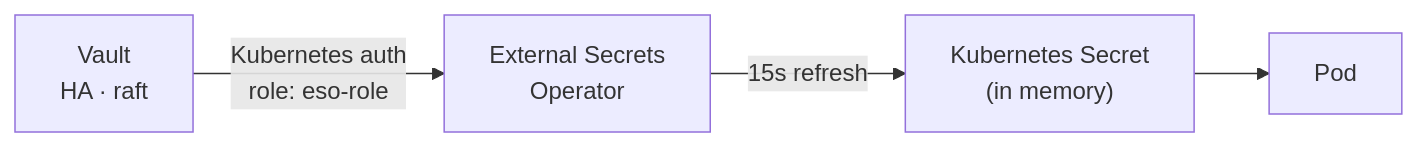
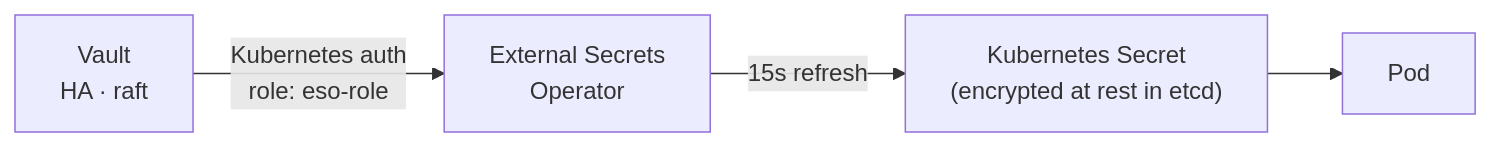
One commit to ilyas-bouktrane/xako-cluster changed the fourth of 4 diagrams in README.md. Above: the diagram before and after it, drawn with Mermaid. The commit also changed other lines of this file and 11 other files, not shown here.

````diff
--- a/README.md
+++ b/README.md
@@ -253,6 +258,6 @@
 ```mermaid
 flowchart LR
     V["Vault<br/>HA · raft"] -->|"Kubernetes auth<br/>role: eso-role"| ESO["External Secrets<br/>Operator"]
-    ESO -->|"15s refresh"| S["Kubernetes Secret<br/>(in memory)"]
+    ESO -->|"15s refresh"| S["Kubernetes Secret<br/>(encrypted at rest in etcd)"]
     S --> P["Pod"]
 ```
````
